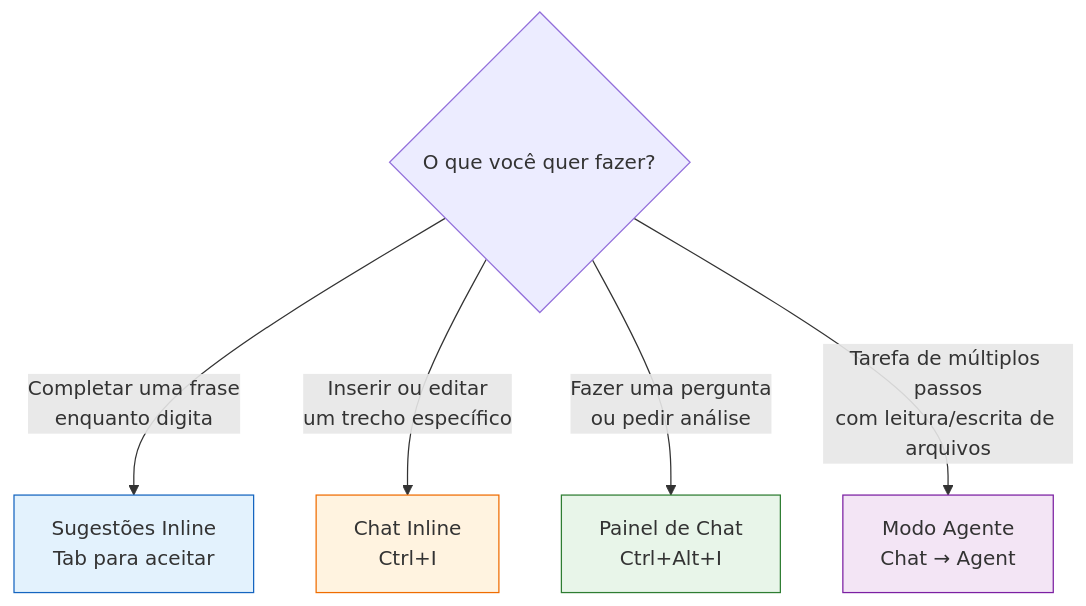
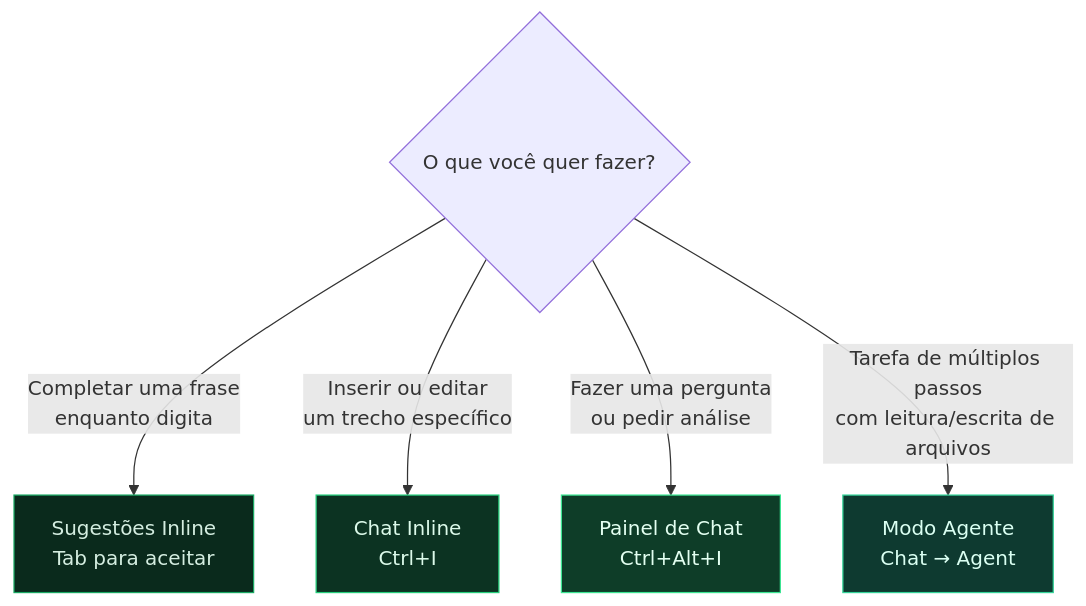
Before and after one commit to AndreBanki/github_para_docs: the diagram in docs/03-vscode-e-copilot.md, drawn with Mermaid. The commit also changed other lines of this file and 9 other files, not shown here.

````diff
--- a/docs/03-vscode-e-copilot.md
+++ b/docs/03-vscode-e-copilot.md
@@ -258,11 +259,11 @@
 ```mermaid
 flowchart TD
     A{"O que você quer fazer?"} -->|Completar uma frase\nenquanto digita| B["Sugestões Inline\nTab para aceitar"]
     A -->|Inserir ou editar\num trecho específico| C["Chat Inline\nCtrl+I"]
     A -->|Fazer uma pergunta\nou pedir análise| D["Painel de Chat\nCtrl+Alt+I"]
     A -->|Tarefa de múltiplos passos\ncom leitura/escrita de arquivos| E["Modo Agente\nChat → Agent"]
-    style B fill:#e3f2fd,stroke:#1565c0
-    style C fill:#fff3e0,stroke:#ef6c00
-    style D fill:#e8f5e9,stroke:#2e7d32
-    style E fill:#f3e5f5,stroke:#7b1fa2
+    style B fill:#0a2a1c,stroke:#1aa863,color:#d4ede0
+    style C fill:#0c3322,stroke:#25CE7B,color:#dcfaea
+    style D fill:#0e3d28,stroke:#3BE592,color:#e3fff1
+    style E fill:#0e3a30,stroke:#34d399,color:#dafff2
 ```
````
